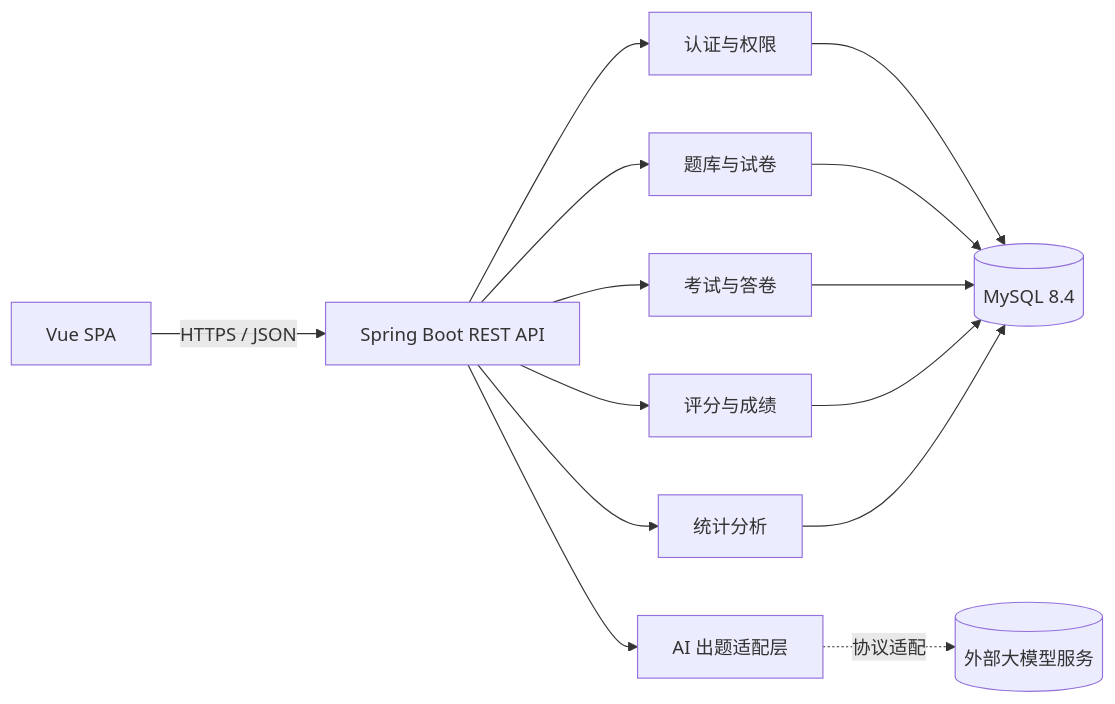
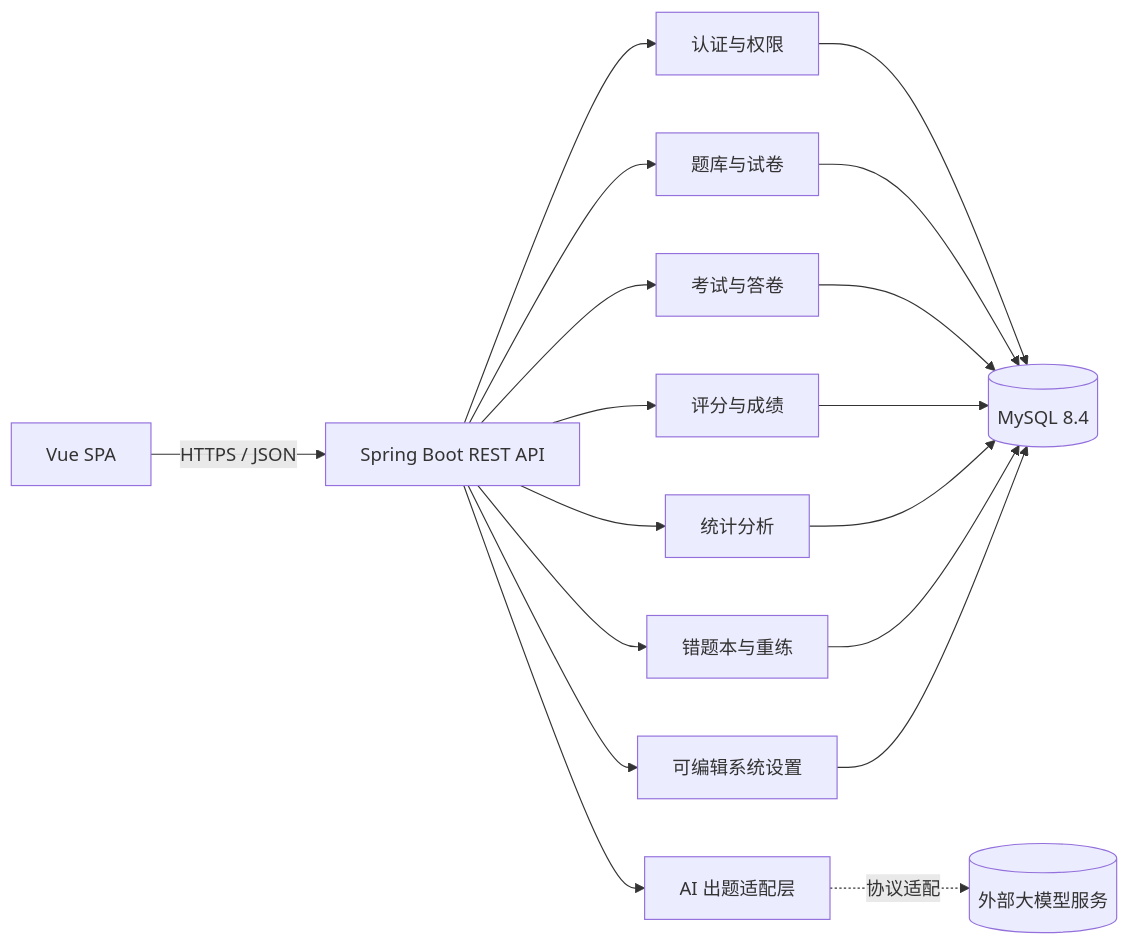
Before and after one commit to Jwz-git/smart-exam-platform: the second of 3 diagrams in docs/project-report.md, drawn with Mermaid. The commit also changed other lines of this file and 76 other files, not shown here.

````diff
--- a/docs/project-report.md
+++ b/docs/project-report.md
@@ -160,16 +165,20 @@
 ```mermaid
 flowchart LR
     Browser[Vue SPA] -->|HTTPS / JSON| API[Spring Boot REST API]
     API --> Auth[认证与权限]
     API --> Bank[题库与试卷]
     API --> Exam[考试与答卷]
     API --> Grade[评分与成绩]
     API --> Stats[统计分析]
+    API --> Practice[错题本与重练]
+    API --> Settings[可编辑系统设置]
     API --> AI[AI 出题适配层]
     AI -.协议适配.-> LLM[(外部大模型服务)]
     Auth --> DB[(MySQL 8.4)]
     Bank --> DB
     Exam --> DB
     Grade --> DB
     Stats --> DB
+    Practice --> DB
+    Settings --> DB
 ```
````
